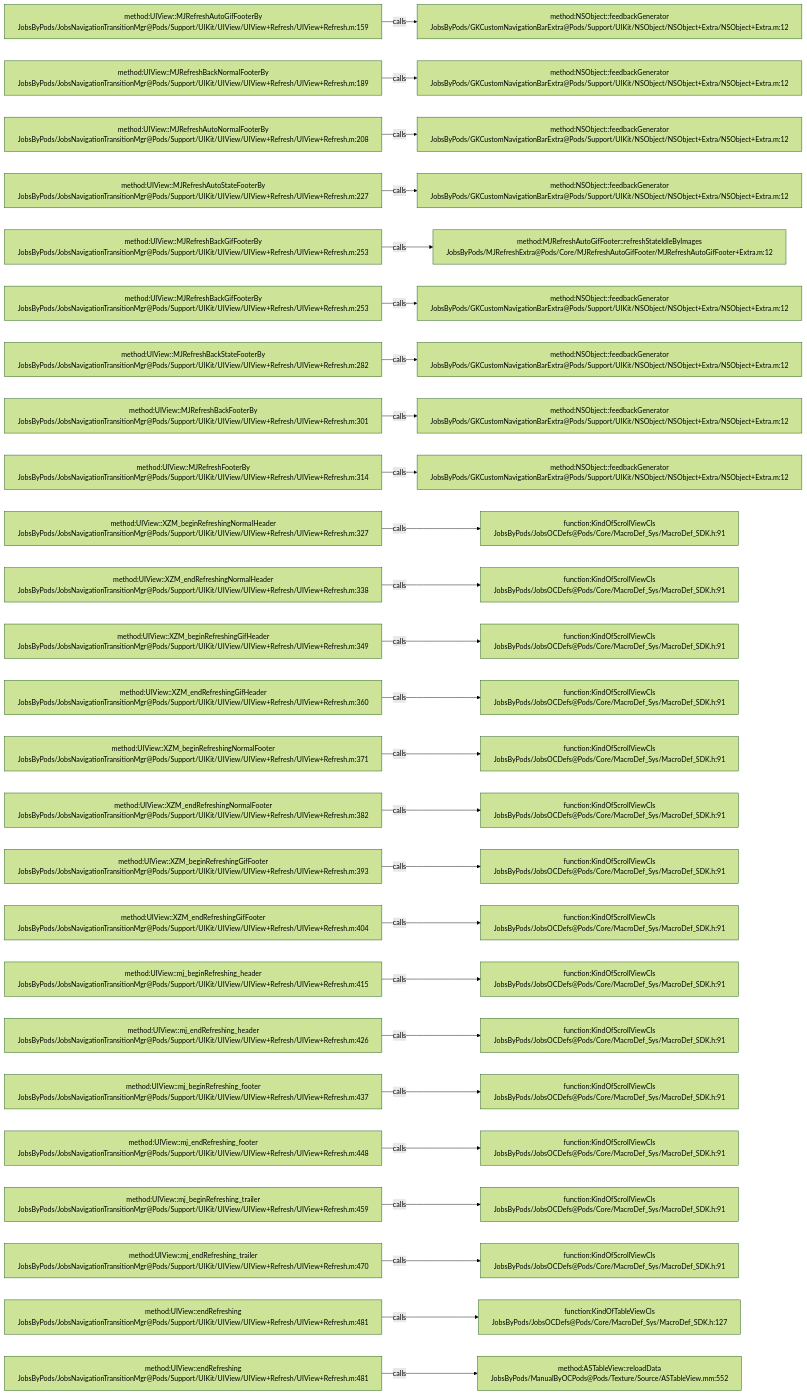
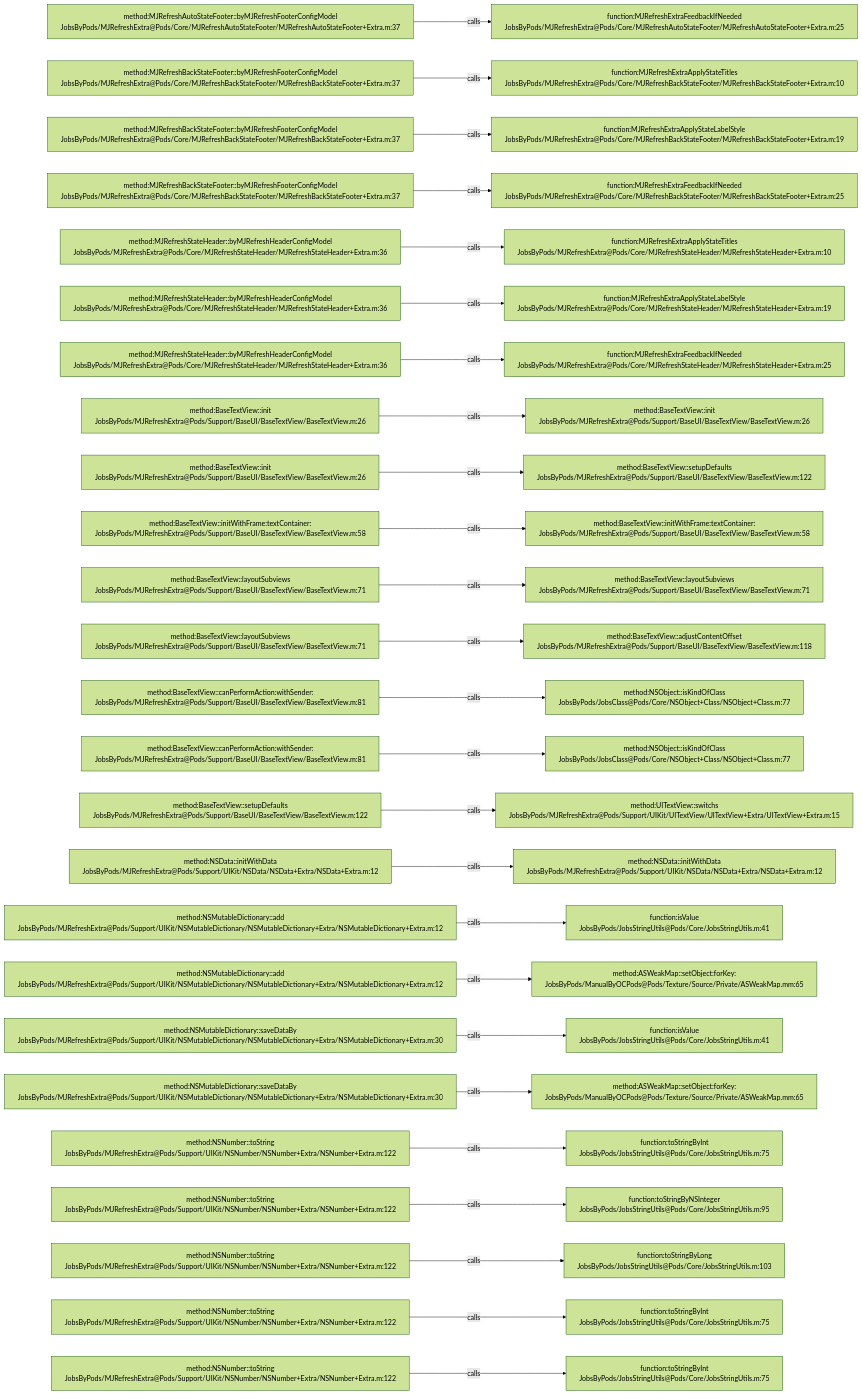
One commit to JobsKits/JobsOCBaseConfigDemo changed the diagram in .codegraph/codegraph.md/graphs/calls-175.md. Above: the diagram before and after it, drawn with Mermaid (forest theme). The commit also changed 1026 other files, not shown here.

````diff
--- a/.codegraph/codegraph.md/graphs/calls-175.md
+++ b/.codegraph/codegraph.md/graphs/calls-175.md
@@ -13,78 +13,78 @@
 ```mermaid
 flowchart LR
-  S1["method:UIView::MJRefreshAutoGifFooterBy<br/>JobsByPods/JobsNavigationTransitionMgr@Pods/Support/UIKit/UIView/UIView+Refresh/UIView+Refresh.m:159"]
-  T1["method:NSObject::feedbackGenerator<br/>JobsByPods/GKCustomNavigationBarExtra@Pods/Support/UIKit/NSObject/NSObject+Extra/NSObject+Extra.m:12"]
+  S1["method:MJRefreshAutoStateFooter::byMJRefreshFooterConfigModel<br/>JobsByPods/MJRefreshExtra@Pods/Core/MJRefreshAutoStateFooter/MJRefreshAutoStateFooter+Extra.m:37"]
+  T1["function:MJRefreshExtraFeedbackIfNeeded<br/>JobsByPods/MJRefreshExtra@Pods/Core/MJRefreshAutoStateFooter/MJRefreshAutoStateFooter+Extra.m:25"]
   S1 -->|calls| T1
-  S2["method:UIView::MJRefreshBackNormalFooterBy<br/>JobsByPods/JobsNavigationTransitionMgr@Pods/Support/UIKit/UIView/UIView+Refresh/UIView+Refresh.m:189"]
-  T2["method:NSObject::feedbackGenerator<br/>JobsByPods/GKCustomNavigationBarExtra@Pods/Support/UIKit/NSObject/NSObject+Extra/NSObject+Extra.m:12"]
+  S2["method:MJRefreshBackStateFooter::byMJRefreshFooterConfigModel<br/>JobsByPods/MJRefreshExtra@Pods/Core/MJRefreshBackStateFooter/MJRefreshBackStateFooter+Extra.m:37"]
+  T2["function:MJRefreshExtraApplyStateTitles<br/>JobsByPods/MJRefreshExtra@Pods/Core/MJRefreshBackStateFooter/MJRefreshBackStateFooter+Extra.m:10"]
   S2 -->|calls| T2
-  S3["method:UIView::MJRefreshAutoNormalFooterBy<br/>JobsByPods/JobsNavigationTransitionMgr@Pods/Support/UIKit/UIView/UIView+Refresh/UIView+Refresh.m:208"]
-  T3["method:NSObject::feedbackGenerator<br/>JobsByPods/GKCustomNavigationBarExtra@Pods/Support/UIKit/NSObject/NSObject+Extra/NSObject+Extra.m:12"]
+  S3["method:MJRefreshBackStateFooter::byMJRefreshFooterConfigModel<br/>JobsByPods/MJRefreshExtra@Pods/Core/MJRefreshBackStateFooter/MJRefreshBackStateFooter+Extra.m:37"]
+  T3["function:MJRefreshExtraApplyStateLabelStyle<br/>JobsByPods/MJRefreshExtra@Pods/Core/MJRefreshBackStateFooter/MJRefreshBackStateFooter+Extra.m:19"]
   S3 -->|calls| T3
-  S4["method:UIView::MJRefreshAutoStateFooterBy<br/>JobsByPods/JobsNavigationTransitionMgr@Pods/Support/UIKit/UIView/UIView+Refresh/UIView+Refresh.m:227"]
-  T4["method:NSObject::feedbackGenerator<br/>JobsByPods/GKCustomNavigationBarExtra@Pods/Support/UIKit/NSObject/NSObject+Extra/NSObject+Extra.m:12"]
+  S4["method:MJRefreshBackStateFooter::byMJRefreshFooterConfigModel<br/>JobsByPods/MJRefreshExtra@Pods/Core/MJRefreshBackStateFooter/MJRefreshBackStateFooter+Extra.m:37"]
+  T4["function:MJRefreshExtraFeedbackIfNeeded<br/>JobsByPods/MJRefreshExtra@Pods/Core/MJRefreshBackStateFooter/MJRefreshBackStateFooter+Extra.m:25"]
   S4 -->|calls| T4
-  S5["method:UIView::MJRefreshBackGifFooterBy<br/>JobsByPods/JobsNavigationTransitionMgr@Pods/Support/UIKit/UIView/UIView+Refresh/UIView+Refresh.m:253"]
-  T5["method:MJRefreshAutoGifFooter::refreshStateIdleByImages<br/>JobsByPods/MJRefreshExtra@Pods/Core/MJRefreshAutoGifFooter/MJRefreshAutoGifFooter+Extra.m:12"]
+  S5["method:MJRefreshStateHeader::byMJRefreshHeaderConfigModel<br/>JobsByPods/MJRefreshExtra@Pods/Core/MJRefreshStateHeader/MJRefreshStateHeader+Extra.m:36"]
+  T5["function:MJRefreshExtraApplyStateTitles<br/>JobsByPods/MJRefreshExtra@Pods/Core/MJRefreshStateHeader/MJRefreshStateHeader+Extra.m:10"]
   S5 -->|calls| T5
-  S6["method:UIView::MJRefreshBackGifFooterBy<br/>JobsByPods/JobsNavigationTransitionMgr@Pods/Support/UIKit/UIView/UIView+Refresh/UIView+Refresh.m:253"]
-  T6["method:NSObject::feedbackGenerator<br/>JobsByPods/GKCustomNavigationBarExtra@Pods/Support/UIKit/NSObject/NSObject+Extra/NSObject+Extra.m:12"]
+  S6["method:MJRefreshStateHeader::byMJRefreshHeaderConfigModel<br/>JobsByPods/MJRefreshExtra@Pods/Core/MJRefreshStateHeader/MJRefreshStateHeader+Extra.m:36"]
+  T6["function:MJRefreshExtraApplyStateLabelStyle<br/>JobsByPods/MJRefreshExtra@Pods/Core/MJRefreshStateHeader/MJRefreshStateHeader+Extra.m:19"]
   S6 -->|calls| T6
-  S7["method:UIView::MJRefreshBackStateFooterBy<br/>JobsByPods/JobsNavigationTransitionMgr@Pods/Support/UIKit/UIView/UIView+Refresh/UIView+Refresh.m:282"]
-  T7["method:NSObject::feedbackGenerator<br/>JobsByPods/GKCustomNavigationBarExtra@Pods/Support/UIKit/NSObject/NSObject+Extra/NSObject+Extra.m:12"]
+  S7["method:MJRefreshStateHeader::byMJRefreshHeaderConfigModel<br/>JobsByPods/MJRefreshExtra@Pods/Core/MJRefreshStateHeader/MJRefreshStateHeader+Extra.m:36"]
+  T7["function:MJRefreshExtraFeedbackIfNeeded<br/>JobsByPods/MJRefreshExtra@Pods/Core/MJRefreshStateHeader/MJRefreshStateHeader+Extra.m:25"]
   S7 -->|calls| T7
-  S8["method:UIView::MJRefreshBackFooterBy<br/>JobsByPods/JobsNavigationTransitionMgr@Pods/Support/UIKit/UIView/UIView+Refresh/UIView+Refresh.m:301"]
-  T8["method:NSObject::feedbackGenerator<br/>JobsByPods/GKCustomNavigationBarExtra@Pods/Support/UIKit/NSObject/NSObject+Extra/NSObject+Extra.m:12"]
+  S8["method:BaseTextView::init<br/>JobsByPods/MJRefreshExtra@Pods/Support/BaseUI/BaseTextView/BaseTextView.m:26"]
+  T8["method:BaseTextView::init<br/>JobsByPods/MJRefreshExtra@Pods/Support/BaseUI/BaseTextView/BaseTextView.m:26"]
   S8 -->|calls| T8
-  S9["method:UIView::MJRefreshFooterBy<br/>JobsByPods/JobsNavigationTransitionMgr@Pods/Support/UIKit/UIView/UIView+Refresh/UIView+Refresh.m:314"]
-  T9["method:NSObject::feedbackGenerator<br/>JobsByPods/GKCustomNavigationBarExtra@Pods/Support/UIKit/NSObject/NSObject+Extra/NSObject+Extra.m:12"]
+  S9["method:BaseTextView::init<br/>JobsByPods/MJRefreshExtra@Pods/Support/BaseUI/BaseTextView/BaseTextView.m:26"]
+  T9["method:BaseTextView::setupDefaults<br/>JobsByPods/MJRefreshExtra@Pods/Support/BaseUI/BaseTextView/BaseTextView.m:122"]
   S9 -->|calls| T9
-  S10["method:UIView::XZM_beginRefreshingNormalHeader<br/>JobsByPods/JobsNavigationTransitionMgr@Pods/Support/UIKit/UIView/UIView+Refresh/UIView+Refresh.m:327"]
-  T10["function:KindOfScrollViewCls<br/>JobsByPods/JobsOCDefs@Pods/Core/MacroDef_Sys/MacroDef_SDK.h:91"]
+  S10["method:BaseTextView::initWithFrame:textContainer:<br/>JobsByPods/MJRefreshExtra@Pods/Support/BaseUI/BaseTextView/BaseTextView.m:58"]
+  T10["method:BaseTextView::initWithFrame:textContainer:<br/>JobsByPods/MJRefreshExtra@Pods/Support/BaseUI/BaseTextView/BaseTextView.m:58"]
   S10 -->|calls| T10
-  S11["method:UIView::XZM_endRefreshingNormalHeader<br/>JobsByPods/JobsNavigationTransitionMgr@Pods/Support/UIKit/UIView/UIView+Refresh/UIView+Refresh.m:338"]
-  T11["function:KindOfScrollViewCls<br/>JobsByPods/JobsOCDefs@Pods/Core/MacroDef_Sys/MacroDef_SDK.h:91"]
+  S11["method:BaseTextView::layoutSubviews<br/>JobsByPods/MJRefreshExtra@Pods/Support/BaseUI/BaseTextView/BaseTextView.m:71"]
+  T11["method:BaseTextView::layoutSubviews<br/>JobsByPods/MJRefreshExtra@Pods/Support/BaseUI/BaseTextView/BaseTextView.m:71"]
   S11 -->|calls| T11
-  S12["method:UIView::XZM_beginRefreshingGifHeader<br/>JobsByPods/JobsNavigationTransitionMgr@Pods/Support/UIKit/UIView/UIView+Refresh/UIView+Refresh.m:349"]
-  T12["function:KindOfScrollViewCls<br/>JobsByPods/JobsOCDefs@Pods/Core/MacroDef_Sys/MacroDef_SDK.h:91"]
+  S12["method:BaseTextView::layoutSubviews<br/>JobsByPods/MJRefreshExtra@Pods/Support/BaseUI/BaseTextView/BaseTextView.m:71"]
+  T12["method:BaseTextView::adjustContentOffset<br/>JobsByPods/MJRefreshExtra@Pods/Support/BaseUI/BaseTextView/BaseTextView.m:118"]
   S12 -->|calls| T12
-  S13["method:UIView::XZM_endRefreshingGifHeader<br/>JobsByPods/JobsNavigationTransitionMgr@Pods/Support/UIKit/UIView/UIView+Refresh/UIView+Refresh.m:360"]
-  T13["function:KindOfScrollViewCls<br/>JobsByPods/JobsOCDefs@Pods/Core/MacroDef_Sys/MacroDef_SDK.h:91"]
+  S13["method:BaseTextView::canPerformAction:withSender:<br/>JobsByPods/MJRefreshExtra@Pods/Support/BaseUI/BaseTextView/BaseTextView.m:81"]
+  T13["method:NSObject::isKindOfClass<br/>JobsByPods/JobsClass@Pods/Core/NSObject+Class/NSObject+Class.m:77"]
   S13 -->|calls| T13
-  S14["method:UIView::XZM_beginRefreshingNormalFooter<br/>JobsByPods/JobsNavigationTransitionMgr@Pods/Support/UIKit/UIView/UIView+Refresh/UIView+Refresh.m:371"]
-  T14["function:KindOfScrollViewCls<br/>JobsByPods/JobsOCDefs@Pods/Core/MacroDef_Sys/MacroDef_SDK.h:91"]
+  S14["method:BaseTextView::canPerformAction:withSender:<br/>JobsByPods/MJRefreshExtra@Pods/Support/BaseUI/BaseTextView/BaseTextView.m:81"]
+  T14["method:NSObject::isKindOfClass<br/>JobsByPods/JobsClass@Pods/Core/NSObject+Class/NSObject+Class.m:77"]
   S14 -->|calls| T14
-  S15["method:UIView::XZM_endRefreshingNormalFooter<br/>JobsByPods/JobsNavigationTransitionMgr@Pods/Support/UIKit/UIView/UIView+Refresh/UIView+Refresh.m:382"]
-  T15["function:KindOfScrollViewCls<br/>JobsByPods/JobsOCDefs@Pods/Core/MacroDef_Sys/MacroDef_SDK.h:91"]
+  S15["method:BaseTextView::setupDefaults<br/>JobsByPods/MJRefreshExtra@Pods/Support/BaseUI/BaseTextView/BaseTextView.m:122"]
+  T15["method:UITextView::switchs<br/>JobsByPods/MJRefreshExtra@Pods/Support/UIKit/UITextView/UITextView+Extra/UITextView+Extra.m:15"]
   S15 -->|calls| T15
-  S16["method:UIView::XZM_beginRefreshingGifFooter<br/>JobsByPods/JobsNavigationTransitionMgr@Pods/Support/UIKit/UIView/UIView+Refresh/UIView+Refresh.m:393"]
-  T16["function:KindOfScrollViewCls<br/>JobsByPods/JobsOCDefs@Pods/Core/MacroDef_Sys/MacroDef_SDK.h:91"]
+  S16["method:NSData::initWithData<br/>JobsByPods/MJRefreshExtra@Pods/Support/UIKit/NSData/NSData+Extra/NSData+Extra.m:12"]
+  T16["method:NSData::initWithData<br/>JobsByPods/MJRefreshExtra@Pods/Support/UIKit/NSData/NSData+Extra/NSData+Extra.m:12"]
   S16 -->|calls| T16
-  S17["method:UIView::XZM_endRefreshingGifFooter<br/>JobsByPods/JobsNavigationTransitionMgr@Pods/Support/UIKit/UIView/UIView+Refresh/UIView+Refresh.m:404"]
-  T17["function:KindOfScrollViewCls<br/>JobsByPods/JobsOCDefs@Pods/Core/MacroDef_Sys/MacroDef_SDK.h:91"]
+  S17["method:NSMutableDictionary::add<br/>JobsByPods/MJRefreshExtra@Pods/Support/UIKit/NSMutableDictionary/NSMutableDictionary+Extra/NSMutableDictionary+Extra.m:12"]
+  T17["function:isValue<br/>JobsByPods/JobsStringUtils@Pods/Core/JobsStringUtils.m:41"]
   S17 -->|calls| T17
-  S18["method:UIView::mj_beginRefreshing_header<br/>JobsByPods/JobsNavigationTransitionMgr@Pods/Support/UIKit/UIView/UIView+Refresh/UIView+Refresh.m:415"]
-  T18["function:KindOfScrollViewCls<br/>JobsByPods/JobsOCDefs@Pods/Core/MacroDef_Sys/MacroDef_SDK.h:91"]
+  S18["method:NSMutableDictionary::add<br/>JobsByPods/MJRefreshExtra@Pods/Support/UIKit/NSMutableDictionary/NSMutableDictionary+Extra/NSMutableDictionary+Extra.m:12"]
+  T18["method:ASWeakMap::setObject:forKey:<br/>JobsByPods/ManualByOCPods@Pods/Texture/Source/Private/ASWeakMap.mm:65"]
   S18 -->|calls| T18
-  S19["method:UIView::mj_endRefreshing_header<br/>JobsByPods/JobsNavigationTransitionMgr@Pods/Support/UIKit/UIView/UIView+Refresh/UIView+Refresh.m:426"]
-  T19["function:KindOfScrollViewCls<br/>JobsByPods/JobsOCDefs@Pods/Core/MacroDef_Sys/MacroDef_SDK.h:91"]
+  S19["method:NSMutableDictionary::saveDataBy<br/>JobsByPods/MJRefreshExtra@Pods/Support/UIKit/NSMutableDictionary/NSMutableDictionary+Extra/NSMutableDictionary+Extra.m:30"]
+  T19["function:isValue<br/>JobsByPods/JobsStringUtils@Pods/Core/JobsStringUtils.m:41"]
   S19 -->|calls| T19
-  S20["method:UIView::mj_beginRefreshing_footer<br/>JobsByPods/JobsNavigationTransitionMgr@Pods/Support/UIKit/UIView/UIView+Refresh/UIView+Refresh.m:437"]
-  T20["function:KindOfScrollViewCls<br/>JobsByPods/JobsOCDefs@Pods/Core/MacroDef_Sys/MacroDef_SDK.h:91"]
+  S20["method:NSMutableDictionary::saveDataBy<br/>JobsByPods/MJRefreshExtra@Pods/Support/UIKit/NSMutableDictionary/NSMutableDictionary+Extra/NSMutableDictionary+Extra.m:30"]
+  T20["method:ASWeakMap::setObject:forKey:<br/>JobsByPods/ManualByOCPods@Pods/Texture/Source/Private/ASWeakMap.mm:65"]
   S20 -->|calls| T20
-  S21["method:UIView::mj_endRefreshing_footer<br/>JobsByPods/JobsNavigationTransitionMgr@Pods/Support/UIKit/UIView/UIView+Refresh/UIView+Refresh.m:448"]
-  T21["function:KindOfScrollViewCls<br/>JobsByPods/JobsOCDefs@Pods/Core/MacroDef_Sys/MacroDef_SDK.h:91"]
+  S21["method:NSNumber::toString<br/>JobsByPods/MJRefreshExtra@Pods/Support/UIKit/NSNumber/NSNumber+Extra/NSNumber+Extra.m:122"]
+  T21["function:toStringByInt<br/>JobsByPods/JobsStringUtils@Pods/Core/JobsStringUtils.m:75"]
   S21 -->|calls| T21
-  S22["method:UIView::mj_beginRefreshing_trailer<br/>JobsByPods/JobsNavigationTransitionMgr@Pods/Support/UIKit/UIView/UIView+Refresh/UIView+Refresh.m:459"]
-  T22["function:KindOfScrollViewCls<br/>JobsByPods/JobsOCDefs@Pods/Core/MacroDef_Sys/MacroDef_SDK.h:91"]
+  S22["method:NSNumber::toString<br/>JobsByPods/MJRefreshExtra@Pods/Support/UIKit/NSNumber/NSNumber+Extra/NSNumber+Extra.m:122"]
+  T22["function:toStringByNSInteger<br/>JobsByPods/JobsStringUtils@Pods/Core/JobsStringUtils.m:95"]
   S22 -->|calls| T22
-  S23["method:UIView::mj_endRefreshing_trailer<br/>JobsByPods/JobsNavigationTransitionMgr@Pods/Support/UIKit/UIView/UIView+Refresh/UIView+Refresh.m:470"]
-  T23["function:KindOfScrollViewCls<br/>JobsByPods/JobsOCDefs@Pods/Core/MacroDef_Sys/MacroDef_SDK.h:91"]
+  S23["method:NSNumber::toString<br/>JobsByPods/MJRefreshExtra@Pods/Support/UIKit/NSNumber/NSNumber+Extra/NSNumber+Extra.m:122"]
+  T23["function:toStringByLong<br/>JobsByPods/JobsStringUtils@Pods/Core/JobsStringUtils.m:103"]
   S23 -->|calls| T23
-  S24["method:UIView::endRefreshing<br/>JobsByPods/JobsNavigationTransitionMgr@Pods/Support/UIKit/UIView/UIView+Refresh/UIView+Refresh.m:481"]
-  T24["function:KindOfTableViewCls<br/>JobsByPods/JobsOCDefs@Pods/Core/MacroDef_Sys/MacroDef_SDK.h:127"]
+  S24["method:NSNumber::toString<br/>JobsByPods/MJRefreshExtra@Pods/Support/UIKit/NSNumber/NSNumber+Extra/NSNumber+Extra.m:122"]
+  T24["function:toStringByInt<br/>JobsByPods/JobsStringUtils@Pods/Core/JobsStringUtils.m:75"]
   S24 -->|calls| T24
-  S25["method:UIView::endRefreshing<br/>JobsByPods/JobsNavigationTransitionMgr@Pods/Support/UIKit/UIView/UIView+Refresh/UIView+Refresh.m:481"]
-  T25["method:ASTableView::reloadData<br/>JobsByPods/ManualByOCPods@Pods/Texture/Source/ASTableView.mm:552"]
+  S25["method:NSNumber::toString<br/>JobsByPods/MJRefreshExtra@Pods/Support/UIKit/NSNumber/NSNumber+Extra/NSNumber+Extra.m:122"]
+  T25["function:toStringByInt<br/>JobsByPods/JobsStringUtils@Pods/Core/JobsStringUtils.m:75"]
   S25 -->|calls| T25
 ```
````
